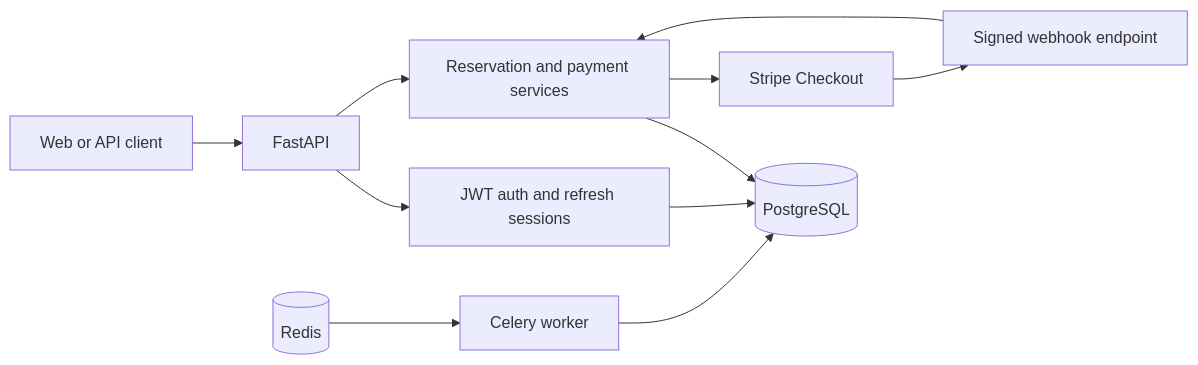
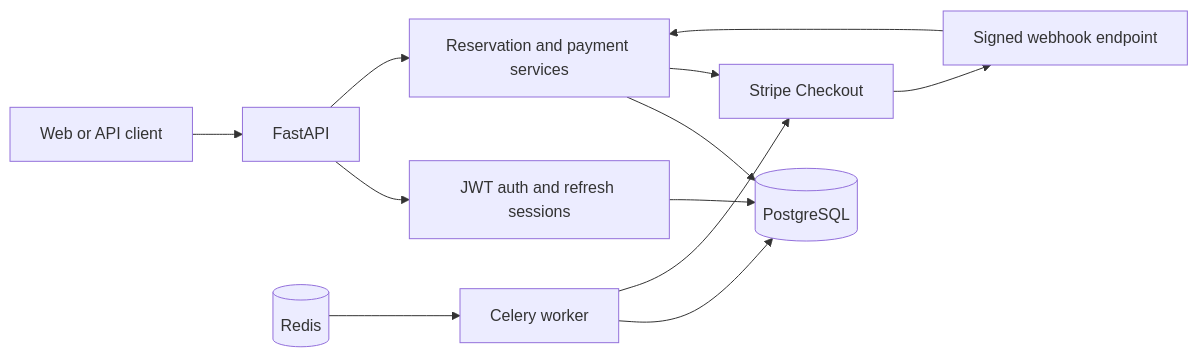
Before and after one commit to taras-maleryk/event-ticketing: the diagram in README.md, drawn with Mermaid. The commit also changed other lines of this file and 3 other files, not shown here.

````diff
--- a/README.md
+++ b/README.md
@@ -38,13 +39,14 @@
 ```mermaid
 flowchart LR
     Client[Web or API client] --> API[FastAPI]
     API --> Auth[JWT auth and refresh sessions]
     API --> Reservation[Reservation and payment services]
     Auth --> PostgreSQL[(PostgreSQL)]
     Reservation --> PostgreSQL
     Reservation --> Stripe[Stripe Checkout]
     Stripe --> Webhook[Signed webhook endpoint]
     Webhook --> Reservation
     Worker[Celery worker] --> PostgreSQL
+    Worker --> Stripe
     Redis[(Redis)] --> Worker
 ```
````
